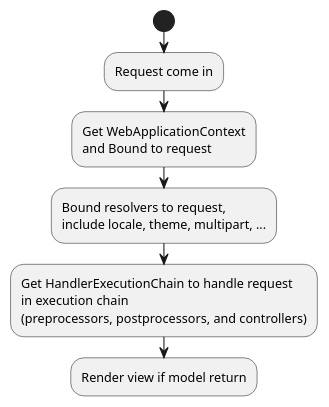
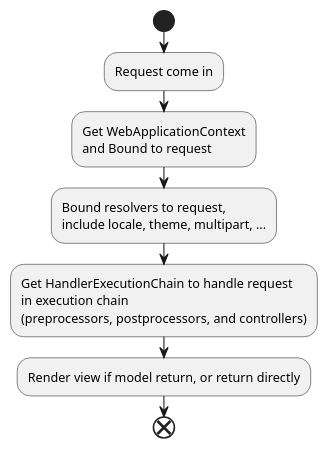
One commit to xiayy860612/spring-lab changed the diagram in spring-mvc/doc/DispatcherServlet-workflow.puml. Above: the diagram before and after it, drawn with PlantUML. The commit also changed 3 other files, not shown here.

```diff
--- a/spring-mvc/doc/DispatcherServlet-workflow.puml
+++ b/spring-mvc/doc/DispatcherServlet-workflow.puml
@@ -1,15 +1,15 @@
 @startuml "DispatchServlet Workflow"
 
 start
 :Request come in;
 :Get WebApplicationContext
 and Bound to request;
 :Bound resolvers to request,
 include locale, theme, multipart, ...;
 :Get HandlerExecutionChain to handle request
 in execution chain
 (preprocessors, postprocessors, and controllers);
-:Render view if model return;
-
+:Render view if model return, or return directly;
+end
 
 @enduml
```
